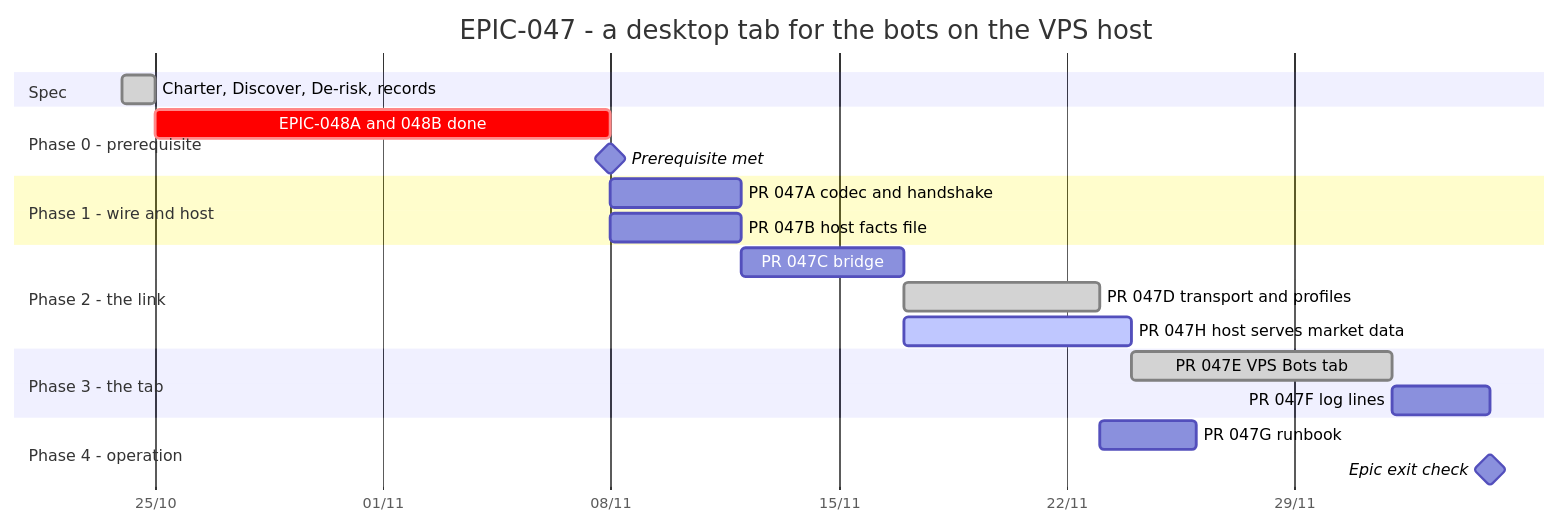
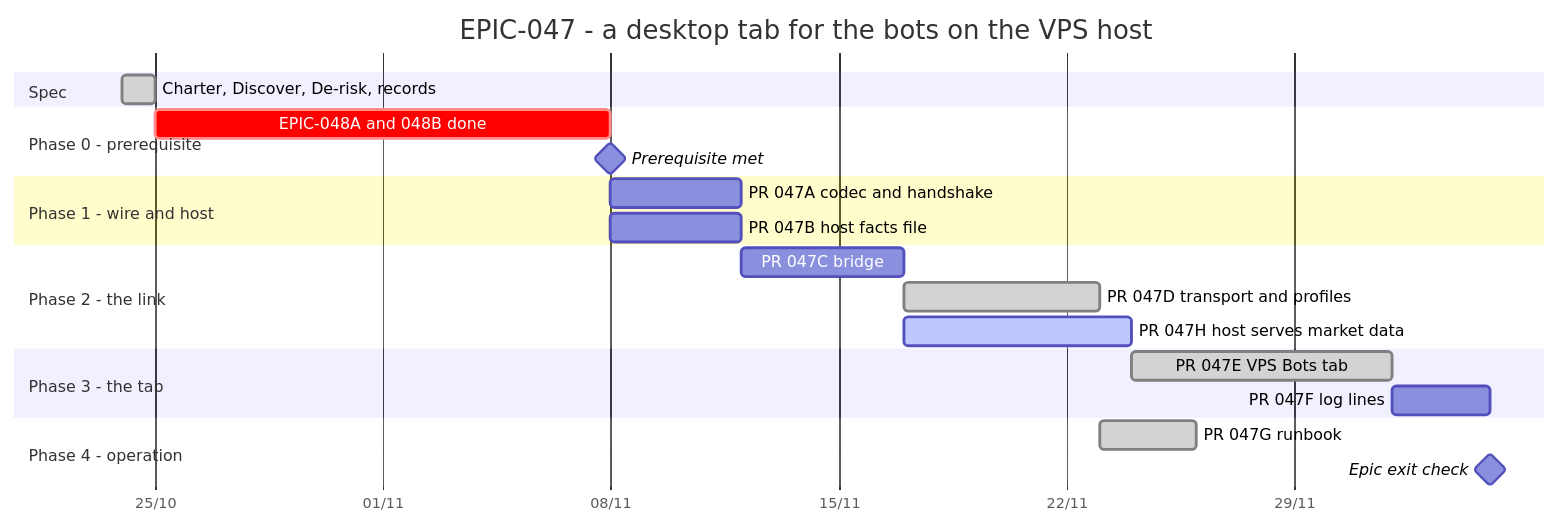
One commit to anhembedded/Sagittarius_Elite_Warrior changed the diagram in Tasks/epics/EPIC-047_vps_bots_tab/TRACKING.md. Above: the diagram before and after it, drawn with Mermaid. The commit also changed other lines of this file and 13 other files, not shown here.

````diff
--- a/Tasks/epics/EPIC-047_vps_bots_tab/TRACKING.md
+++ b/Tasks/epics/EPIC-047_vps_bots_tab/TRACKING.md
@@ -12,31 +12,31 @@
 ```mermaid
 gantt
     title EPIC-047 - a desktop tab for the bots on the VPS host
     dateFormat  YYYY-MM-DD
     axisFormat  %d/%m
     todayMarker stroke-width:2px,stroke:#d33,opacity:0.6
 
     section Spec
     Charter, Discover, De-risk, records   :done,    s1, 2026-10-24, 1d
 
     section Phase 0 - prerequisite
     EPIC-048A and 048B done               :crit,    p0, after s1, 14d
     Prerequisite met                      :milestone, m0, after p0, 0d
 
     section Phase 1 - wire and host
     PR 047A codec and handshake           :         p1, after m0, 4d
     PR 047B host facts file               :         p2, after m0, 4d
 
     section Phase 2 - the link
     PR 047C bridge                        :         p3, after p1, 5d
     PR 047D transport and profiles        :done,    p4, after p3, 6d
     PR 047H host serves market data       :active,  p8, after p3, 7d
 
     section Phase 3 - the tab
     PR 047E VPS Bots tab                  :done,    p5, after p4 p8, 8d
     PR 047F log lines                     :         p6, after p5, 3d
 
     section Phase 4 - operation
-    PR 047G runbook                       :         p7, after p4, 3d
+    PR 047G runbook                       :done,    p7, after p4, 3d
     Epic exit check                       :milestone, m1, after p6, 0d
 ```
````
